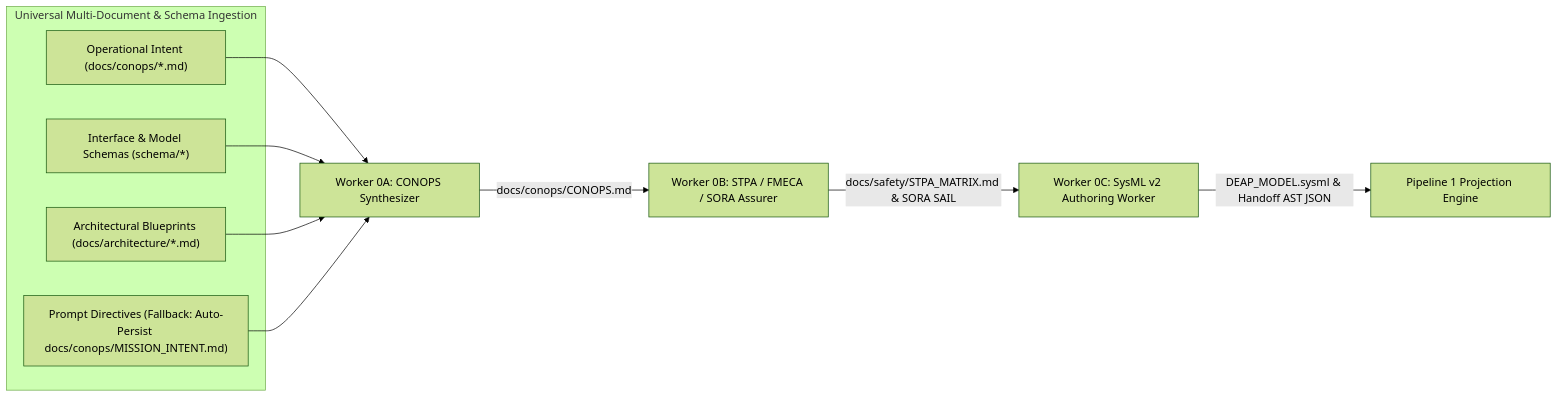
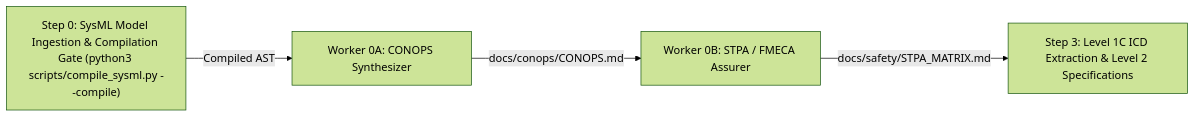
Before and after one commit to gintatkinson/DEAP01-spec-core: the first of 2 diagrams in README.md, drawn with Mermaid (forest theme). The commit also changed other lines of this file and 3 other files, not shown here.

Commit message:
docs: purge aviation contamination and resequence pipeline 0 to Step 0 SysML (refs #308, refs #318)

````diff
--- a/README.md
+++ b/README.md
@@ -506,16 +504,7 @@
 ```mermaid
 flowchart LR
-    subgraph Ingestion["Universal Multi-Document & Schema Ingestion"]
-        Doc1["Operational Intent (docs/conops/*.md)"]
-        Doc2["Interface & Model Schemas (schema/*)"]
-        Doc3["Architectural Blueprints (docs/architecture/*.md)"]
-        Doc4["Prompt Directives (Fallback: Auto-Persist docs/conops/MISSION_INTENT.md)"]
-    end
-    Doc1 --> Worker_0A["Worker 0A: CONOPS Synthesizer"]
-    Doc2 --> Worker_0A
-    Doc3 --> Worker_0A
-    Doc4 --> Worker_0A
-    Worker_0A -->|"docs/conops/CONOPS.md"| Worker_0B["Worker 0B: STPA / FMECA / SORA Assurer"]
-    Worker_0B -->|"docs/safety/STPA_MATRIX.md & SORA SAIL"| Worker_0C["Worker 0C: SysML v2 Authoring Worker"]
-    Worker_0C -->|"DEAP_MODEL.sysml & Handoff AST JSON"| Pipeline_1["Pipeline 1 Projection Engine"]
+    Step0["Step 0: SysML Model Ingestion & Compilation Gate (python3 scripts/compile_sysml.py --compile)"]
+    Step0 -->|"Compiled AST"| Worker_0A["Worker 0A: CONOPS Synthesizer"]
+    Worker_0A -->|"docs/conops/CONOPS.md"| Worker_0B["Worker 0B: STPA / FMECA Assurer"]
+    Worker_0B -->|"docs/safety/STPA_MATRIX.md"| Step3["Step 3: Level 1C ICD Extraction & Level 2 Specifications"]
 ```
````
